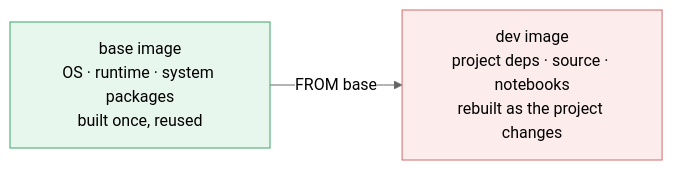
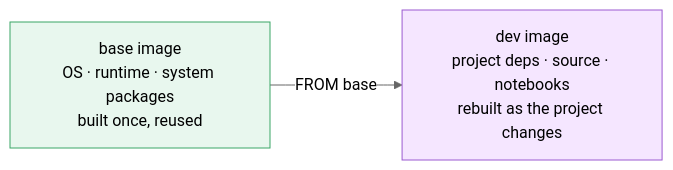
Before and after one commit to LinkedInLearning/docker-for-local-ai-app-development-build-lightweight-containerized-ai-applications-11189001: the second of 2 diagrams in chapter_3/l1/README.md, drawn with Mermaid (neutral theme). The commit also changed 11 other files, not shown here.

Commit message:
unified the readmes diagrams

````diff
--- a/chapter_3/l1/README.md
+++ b/chapter_3/l1/README.md
@@ -114,12 +114,12 @@
 ```mermaid
 flowchart LR
     base["base image<br/>OS · runtime · system packages<br/>built once, reused"]
     dev["dev image<br/>project deps · source · notebooks<br/>rebuilt as the project changes"]
 
     base -- "FROM base" --> dev
 
     classDef stable fill:#e8f7ee,stroke:#3aa667,stroke-width:1px;
-    classDef volatile fill:#fdecec,stroke:#d26b6b,stroke-width:1px;
+    classDef volatile fill:#f5e6ff,stroke:#9b5bd1,stroke-width:1px;
     class base stable
     class dev volatile
 ```
````
